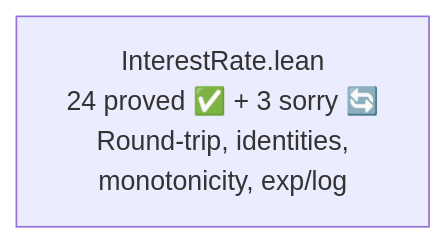
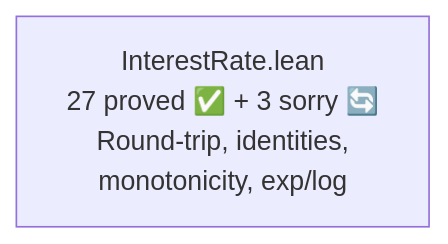
The third of 11 diagrams in formal-verification/REPORT.md (dsyme/QuantLib), drawn with Mermaid before and after one commit. The commit also changed other lines of this file, not shown here.

First line of the commit message:
feat(fv): update project report to 87 proved theorems across 7 targets

````diff
--- a/formal-verification/REPORT.md
+++ b/formal-verification/REPORT.md
@@ -65,4 +71,4 @@
 ```mermaid
 graph LR
-    F2["InterestRate.lean<br/>24 proved ✅ + 3 sorry 🔄<br/>Round-trip, identities,<br/>monotonicity, exp/log"]
+    F2["InterestRate.lean<br/>27 proved ✅ + 3 sorry 🔄<br/>Round-trip, identities,<br/>monotonicity, exp/log"]
 ```
````
